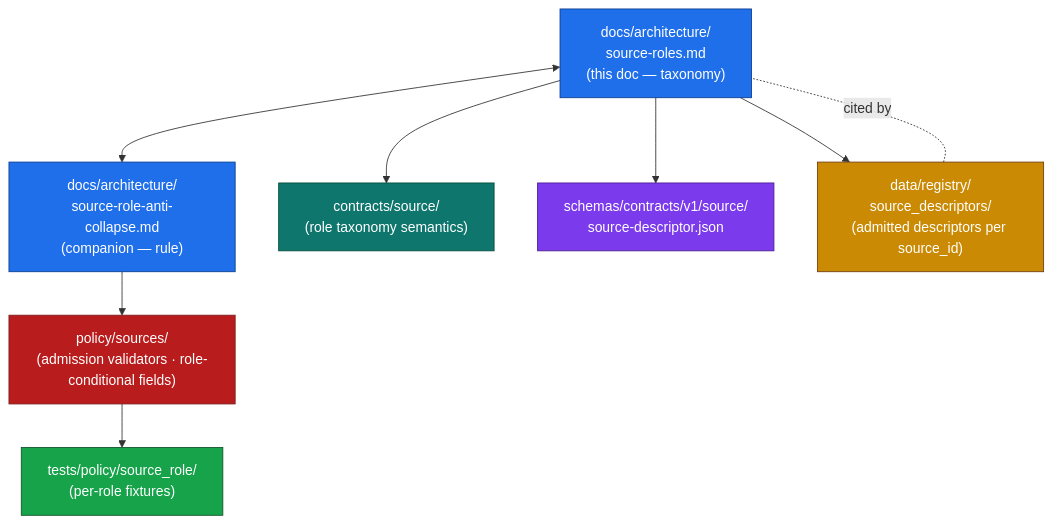
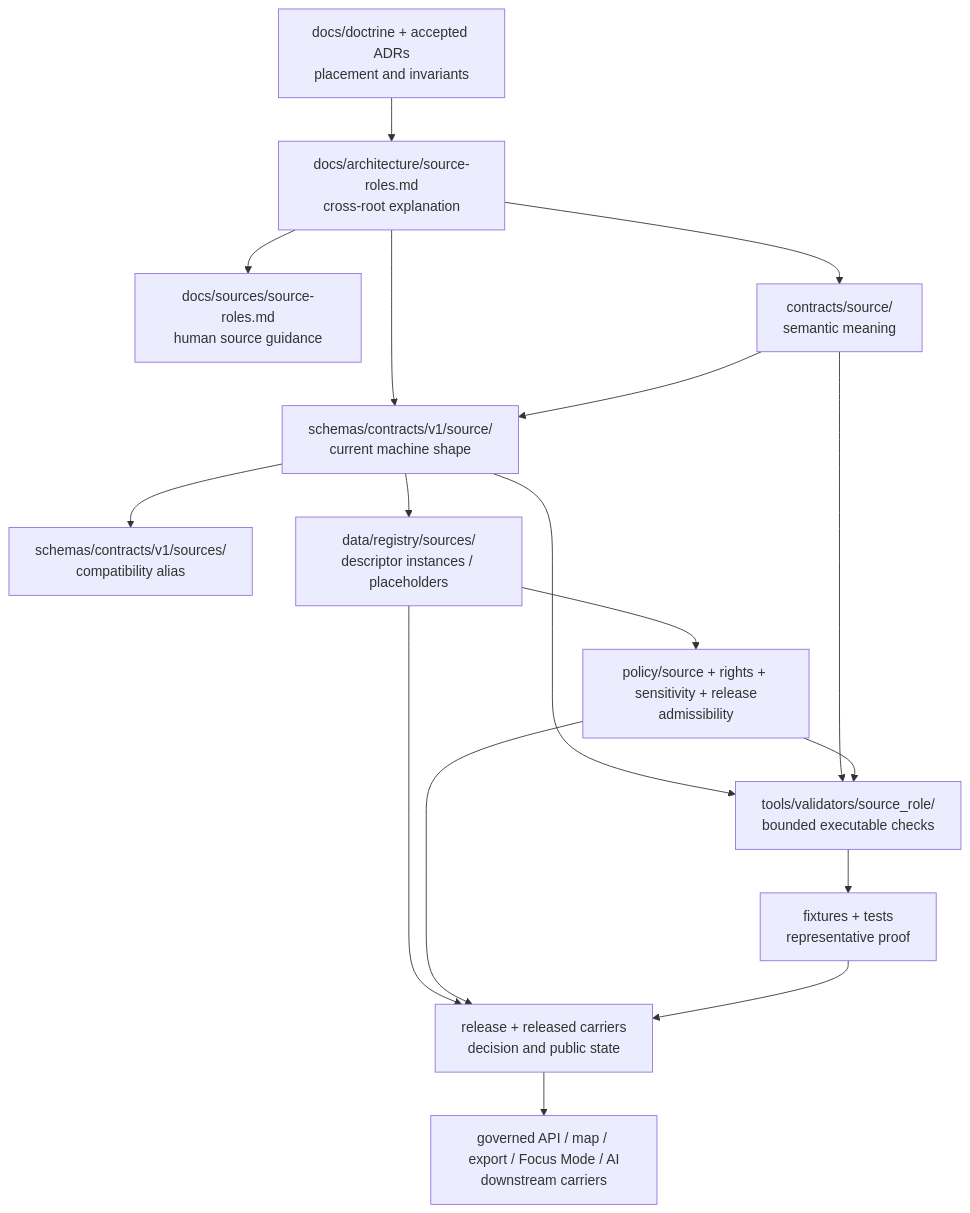
The second of 2 diagrams in docs/architecture/source-roles.md (bartytime4life/Kansas-Frontier-Matrix), drawn with Mermaid before and after one commit. The commit also changed other lines of this file, not shown here.

Commit message:
docs(architecture): ground source-role authority and enforcement map

````diff
--- a/docs/architecture/source-roles.md
+++ b/docs/architecture/source-roles.md
@@ -680,25 +690,32 @@
 ```mermaid
 flowchart TB
-  classDef doctrine fill:#1f6feb,stroke:#0b3d91,color:#fff
-  classDef contract fill:#0f766e,stroke:#064e3b,color:#fff
-  classDef schema   fill:#7c3aed,stroke:#4c1d95,color:#fff
-  classDef policy   fill:#b91c1c,stroke:#7f1d1d,color:#fff
-  classDef data     fill:#ca8a04,stroke:#713f12,color:#fff
-  classDef tests    fill:#16a34a,stroke:#14532d,color:#fff
+  DR["docs/doctrine + accepted ADRs<br/>placement and invariants"]
+  ARCH["docs/architecture/source-roles.md<br/>cross-root explanation"]
+  SG["docs/sources/source-roles.md<br/>human source guidance"]
+  C["contracts/source/<br/>semantic meaning"]
+  S["schemas/contracts/v1/source/<br/>current machine shape"]
+  A["schemas/contracts/v1/sources/<br/>compatibility alias"]
+  R["data/registry/sources/<br/>descriptor instances / placeholders"]
+  P["policy/source + rights + sensitivity + release<br/>admissibility"]
+  V["tools/validators/source_role/<br/>bounded executable checks"]
+  F["fixtures + tests<br/>representative proof"]
+  REL["release + released carriers<br/>decision and public state"]
+  UI["governed API / map / export / Focus Mode / AI<br/>downstream carriers"]
 
-  D1["docs/architecture/<br/>source-roles.md<br/>(this doc — taxonomy)"]:::doctrine
-  D2["docs/architecture/<br/>source-role-anti-collapse.md<br/>(companion — rule)"]:::doctrine
-
-  C["contracts/source/<br/>(role taxonomy semantics)"]:::contract
-  S["schemas/contracts/v1/source/<br/>source-descriptor.json"]:::schema
-  R["data/registry/<br/>source_descriptors/<br/>(admitted descriptors per source_id)"]:::data
-  P["policy/sources/<br/>(admission validators · role-conditional fields)"]:::policy
-  T["tests/policy/source_role/<br/>(per-role fixtures)"]:::tests
-
-  D1 <--> D2
-  D1 --> C & S
-  D1 --> R
-  D2 --> P
-  P --> T
-  R -. cited by .- D1
+  DR --> ARCH
+  ARCH --> C
+  ARCH --> S
+  ARCH --> SG
+  C --> S
+  S --> A
+  S --> R
+  R --> P
+  S --> V
+  C --> V
+  P --> V
+  V --> F
+  R --> REL
+  P --> REL
+  F --> REL
+  REL --> UI
 ```
````
